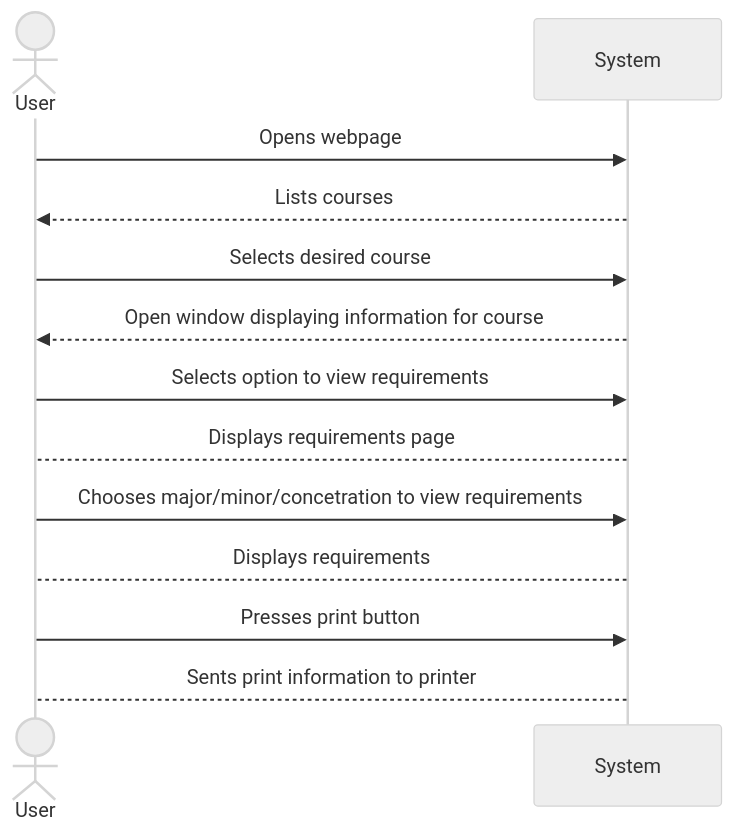
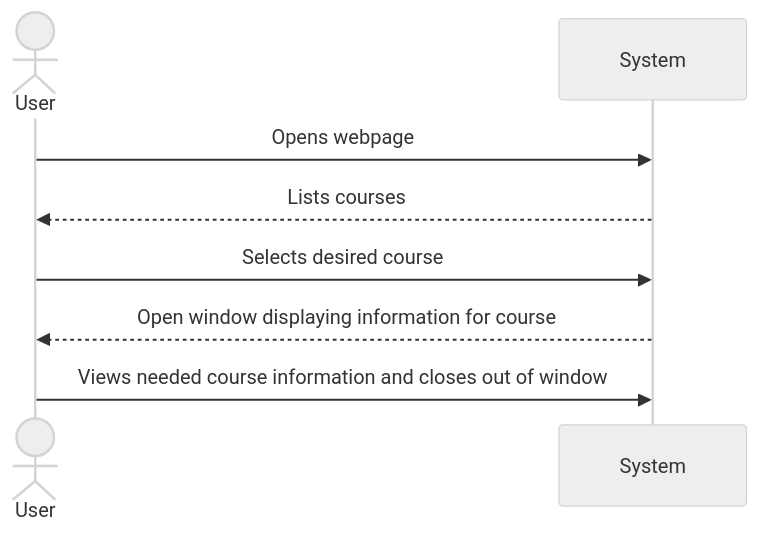
The second of 2 diagrams in System_Proposal_411.md (NoahBarrall/411Project), drawn with Mermaid (neutral theme) before and after one commit. The commit also changed other lines of this file, not shown here.

Commit message:
Updated Sequence Diagram

````diff
--- a/System_Proposal_411.md
+++ b/System_Proposal_411.md
@@ -111,20 +111,14 @@
 ```mermaid
 sequenceDiagram
    actor J as User
    participant S as System
 
    J->>S: Opens webpage
    S-->>J: Lists courses
    J->>S: Selects desired course
    S-->>J: Open window displaying information for course
-   
-   J->>S: Selects option to view requirements
-   S-->J: Displays requirements page
-   J->>S: Chooses major/minor/concetration to view requirements
-   S-->J: Displays requirements
+   J->>S: Views needed course information and closes out of window
 
-   J->>S: Presses print button
-   S-->J: Sents print information to printer
 
 
 ```
````
